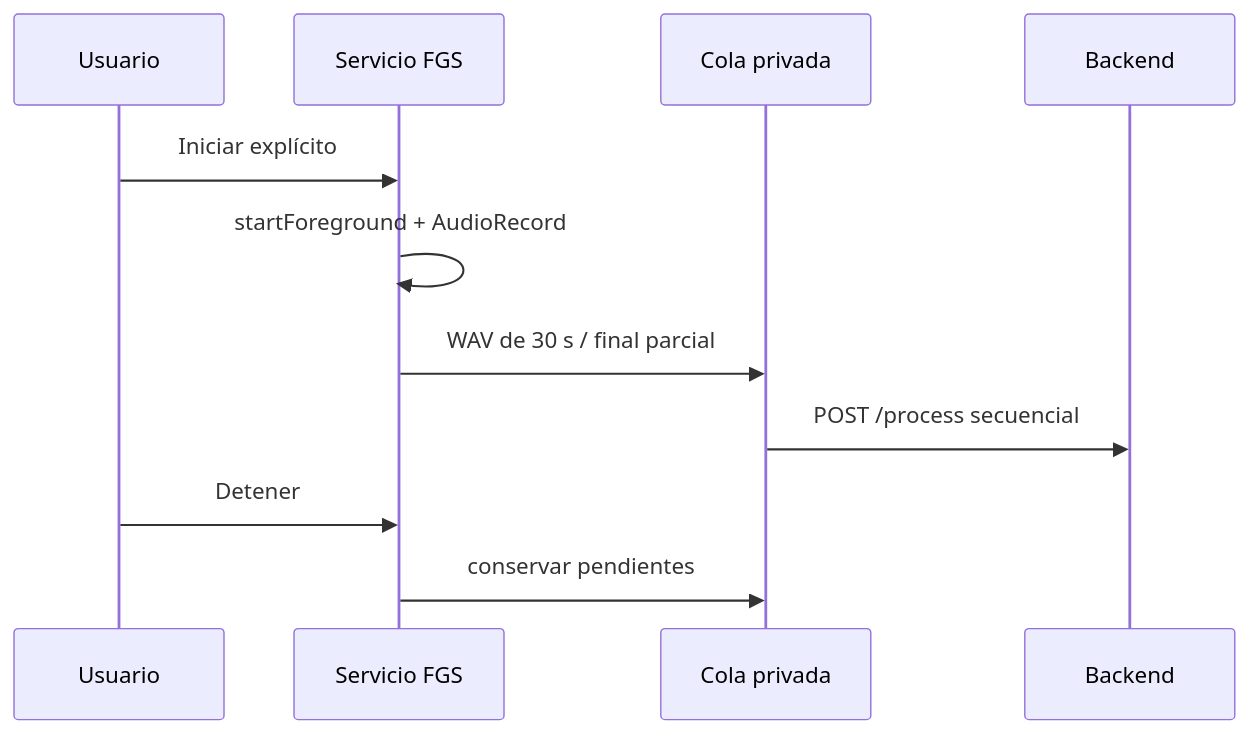
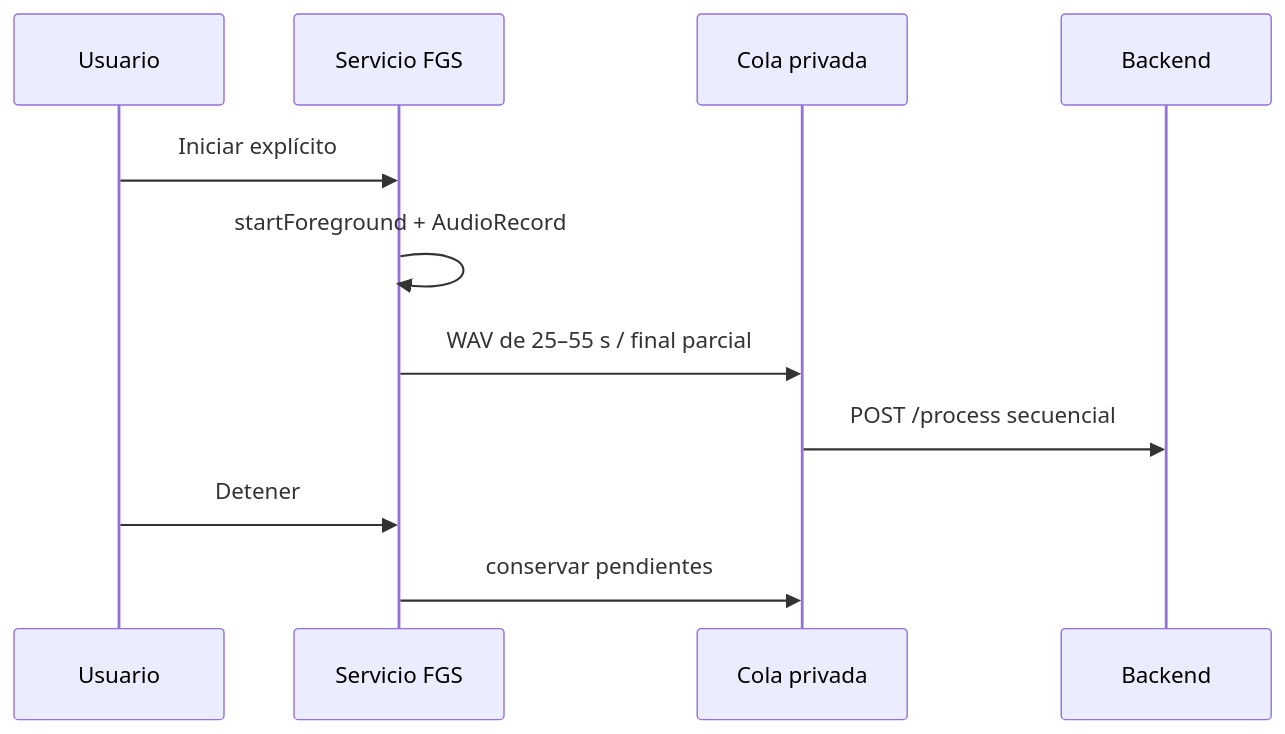
One commit to e-hleon/audio-tfm changed the second of 3 diagrams in docs/tfm/memory-draft.md. Above: the diagram before and after it, drawn with Mermaid. The commit also changed other lines of this file and 9 other files, not shown here.

````diff
--- a/docs/tfm/memory-draft.md
+++ b/docs/tfm/memory-draft.md
@@ -80,13 +80,13 @@
 ```mermaid
 sequenceDiagram
   participant U as Usuario
   participant S as Servicio FGS
   participant Q as Cola privada
   participant API as Backend
   U->>S: Iniciar explícito
   S->>S: startForeground + AudioRecord
-  S->>Q: WAV de 30 s / final parcial
+  S->>Q: WAV de 25–55 s / final parcial
   Q->>API: POST /process secuencial
   U->>S: Detener
   S->>Q: conservar pendientes
 ```
````
